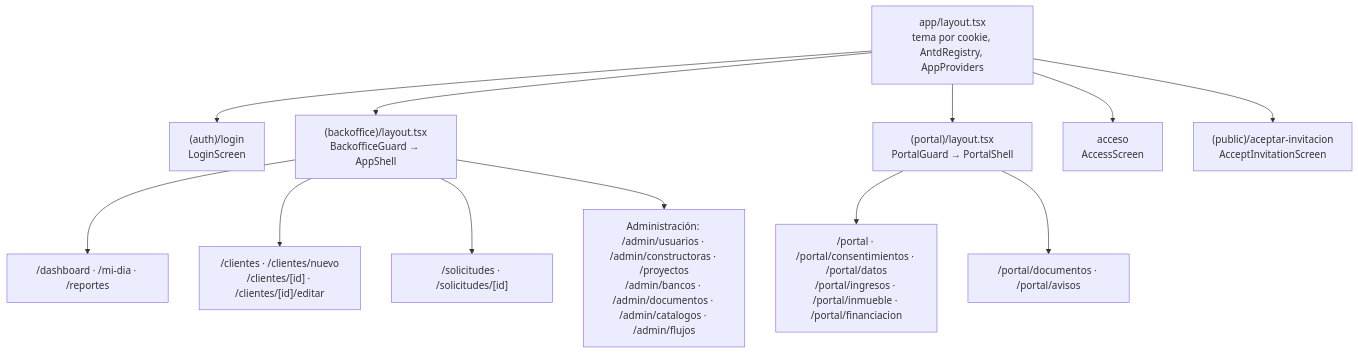
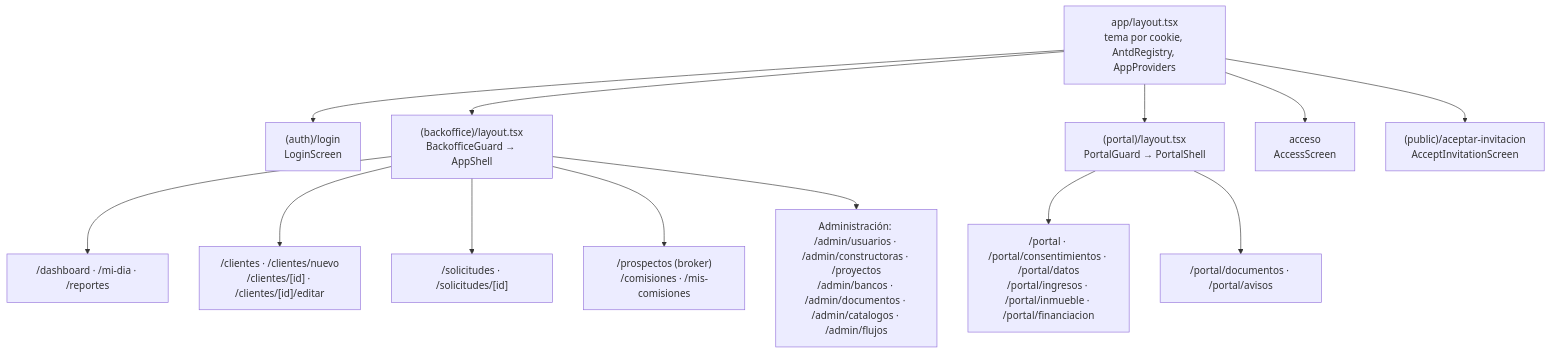
Before and after one commit to CarlosDev88/real-estate-credit-backoffice: the first of 2 diagrams in docs/guia/08-frontend.md, drawn with Mermaid. The commit also changed other lines of this file and 14 other files, not shown here.

````diff
--- a/docs/guia/08-frontend.md
+++ b/docs/guia/08-frontend.md
@@ -46,15 +46,16 @@
 ```mermaid
 flowchart TB
     root["app/layout.tsx<br/>tema por cookie, AntdRegistry, AppProviders"]
     root --> login["(auth)/login<br/>LoginScreen"]
     root --> bo["(backoffice)/layout.tsx<br/>BackofficeGuard → AppShell"]
     root --> portal["(portal)/layout.tsx<br/>PortalGuard → PortalShell"]
     root --> acceso["acceso<br/>AccessScreen"]
     root --> publica["(public)/aceptar-invitacion<br/>AcceptInvitationScreen"]
     bo --> bo1["/dashboard · /mi-dia · /reportes"]
     bo --> bo2["/clientes · /clientes/nuevo<br/>/clientes/[id] · /clientes/[id]/editar"]
     bo --> bo3["/solicitudes · /solicitudes/[id]"]
+    bo --> bo5["/prospectos (broker)<br/>/comisiones · /mis-comisiones"]
     bo --> bo4["Administración: /admin/usuarios · /admin/constructoras · /proyectos<br/>/admin/bancos · /admin/documentos · /admin/catalogos · /admin/flujos"]
     portal --> p1["/portal · /portal/consentimientos · /portal/datos<br/>/portal/ingresos · /portal/inmueble · /portal/financiacion"]
     portal --> p2["/portal/documentos · /portal/avisos"]
 ```
````
